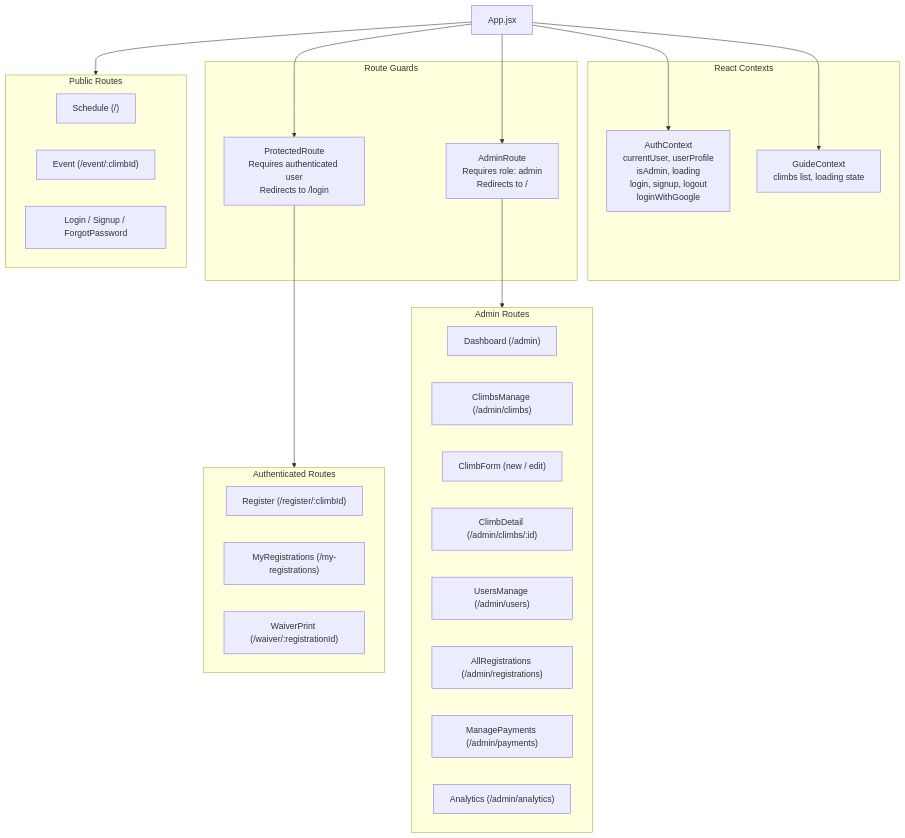
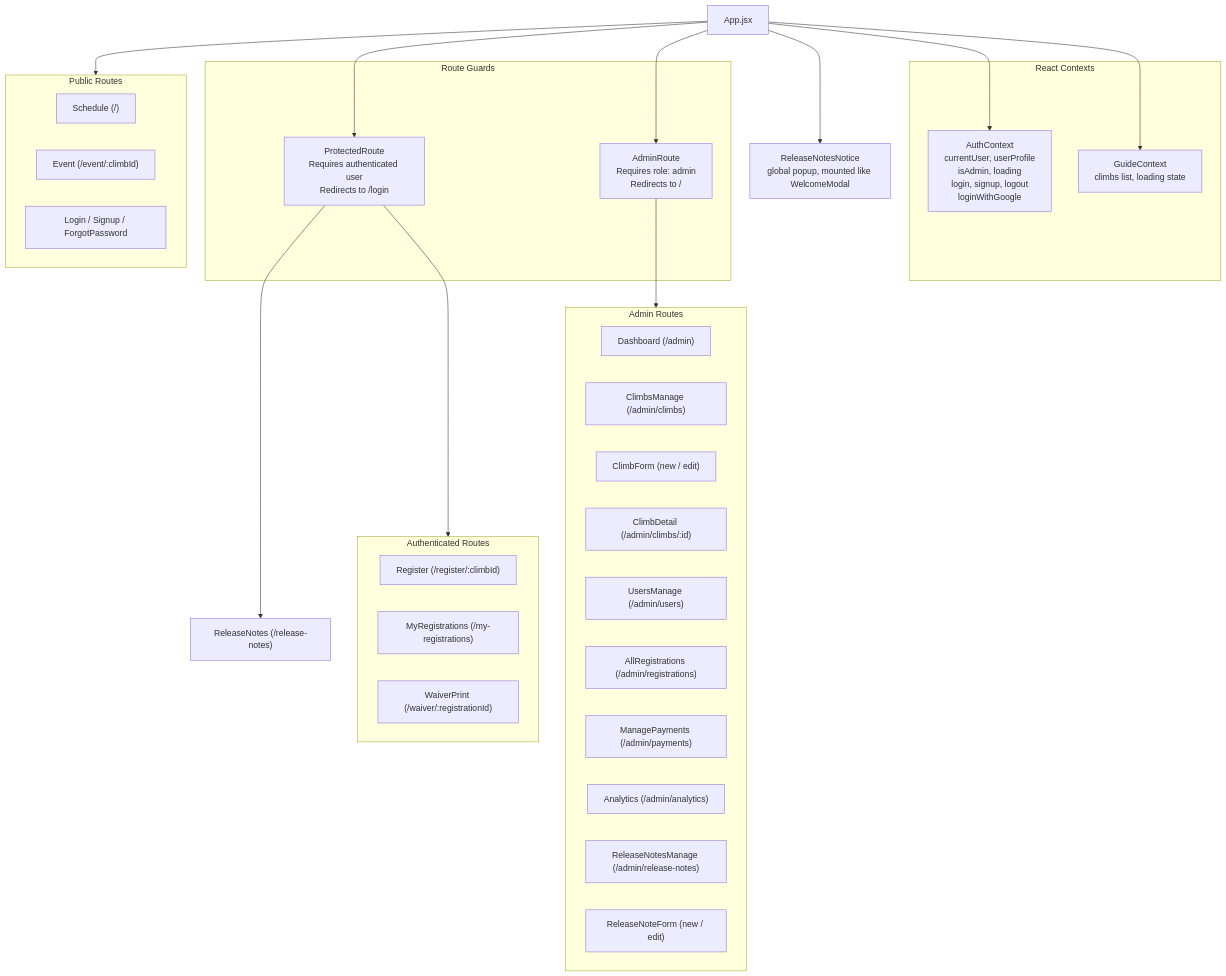
Before and after one commit to Oweeboi011/mms-open-climbs: the third of 13 diagrams in docs/ARCHITECTURE.md, drawn with Mermaid. The commit also changed other lines of this file and 9 other files, not shown here.

First line of the commit message:
feat: Implement Release Notes feature with admin publishing and member notifications

````diff
--- a/docs/ARCHITECTURE.md
+++ b/docs/ARCHITECTURE.md
@@ -104,45 +104,49 @@
 ```mermaid
 graph TD
     App["App.jsx"]
 
     subgraph Contexts["React Contexts"]
         AC["AuthContext\ncurrentUser, userProfile\nisAdmin, loading\nlogin, signup, logout\nloginWithGoogle"]
         GC["GuideContext\nclimbs list, loading state"]
     end
 
     subgraph Guards["Route Guards"]
         PR["ProtectedRoute\nRequires authenticated user\nRedirects to /login"]
         AR["AdminRoute\nRequires role: admin\nRedirects to /"]
     end
 
     subgraph Public["Public Routes"]
         SC["Schedule (/)"]
         EV["Event (/event/:climbId)"]
         LG["Login / Signup / ForgotPassword"]
     end
 
     subgraph Member["Authenticated Routes"]
         RE["Register (/register/:climbId)"]
         MR["MyRegistrations (/my-registrations)"]
         WP["WaiverPrint (/waiver/:registrationId)"]
     end
 
     subgraph Admin["Admin Routes"]
         DA["Dashboard (/admin)"]
         CM["ClimbsManage (/admin/climbs)"]
         CF["ClimbForm (new / edit)"]
         CD["ClimbDetail (/admin/climbs/:id)"]
         UM["UsersManage (/admin/users)"]
         AR2["AllRegistrations (/admin/registrations)"]
         MP["ManagePayments (/admin/payments)"]
         AN["Analytics (/admin/analytics)"]
+        RNM["ReleaseNotesManage (/admin/release-notes)"]
+        RNF["ReleaseNoteForm (new / edit)"]
     end
 
     App --> AC
     App --> GC
     App --> PR
     App --> AR
+    App --> RNN["ReleaseNotesNotice\nglobal popup, mounted like WelcomeModal"]
     PR --> Member
+    PR --> RNP["ReleaseNotes (/release-notes)"]
     AR --> Admin
     App --> Public
 ```
````
